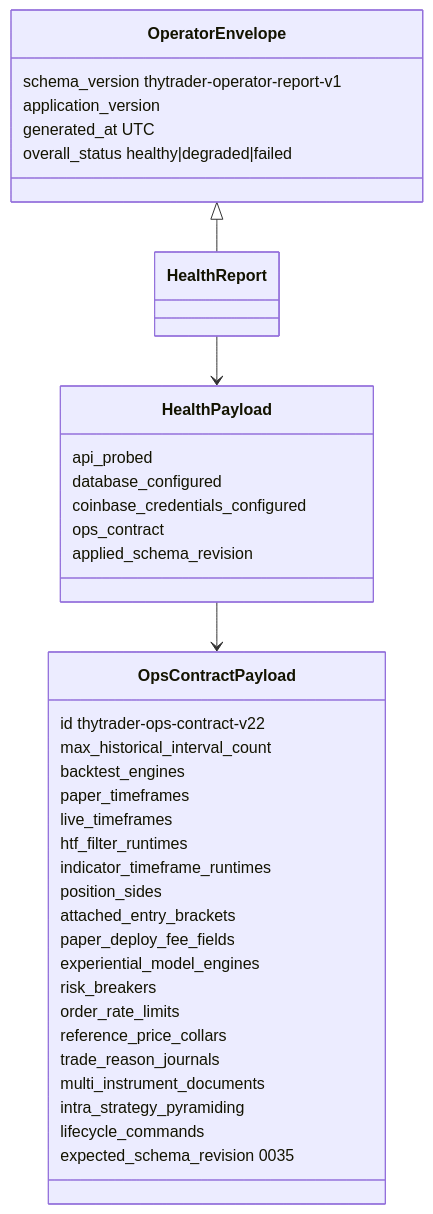
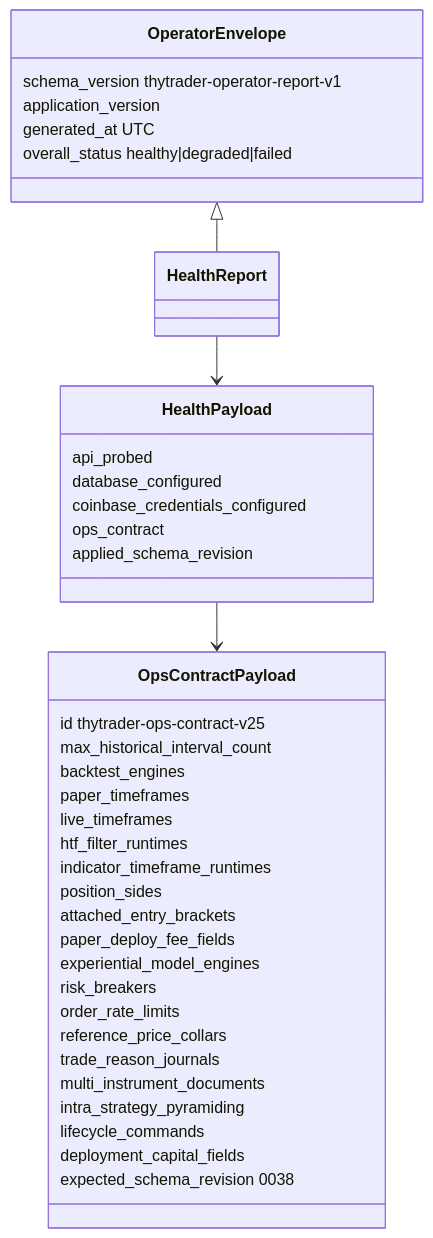
The first of 2 diagrams in docs/architecture/contracts/ops-contract.md (Zoltesh/thytrader), drawn with Mermaid before and after one commit. The commit also changed other lines of this file and 10 other files, not shown here.

First line of the commit message:
feat(research): ops contract v25 advertises bar-backtest-v4 (ADR 0066)

````diff
--- a/docs/architecture/contracts/ops-contract.md
+++ b/docs/architecture/contracts/ops-contract.md
@@ -34,40 +35,41 @@
 ```mermaid
 classDiagram
   class OpsContractPayload {
-    id thytrader-ops-contract-v22
+    id thytrader-ops-contract-v25
     max_historical_interval_count
     backtest_engines
     paper_timeframes
     live_timeframes
     htf_filter_runtimes
     indicator_timeframe_runtimes
     position_sides
     attached_entry_brackets
     paper_deploy_fee_fields
     experiential_model_engines
     risk_breakers
     order_rate_limits
     reference_price_collars
     trade_reason_journals
     multi_instrument_documents
     intra_strategy_pyramiding
     lifecycle_commands
-    expected_schema_revision 0035
+    deployment_capital_fields
+    expected_schema_revision 0038
   }
   class HealthPayload {
     api_probed
     database_configured
     coinbase_credentials_configured
     ops_contract
     applied_schema_revision
   }
   class OperatorEnvelope {
     schema_version thytrader-operator-report-v1
     application_version
     generated_at UTC
     overall_status healthy|degraded|failed
   }
   HealthPayload --> OpsContractPayload
   OperatorEnvelope <|-- HealthReport
   HealthReport --> HealthPayload
 ```
````
